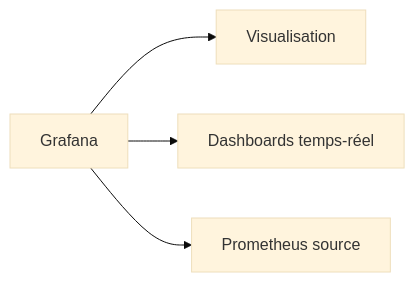
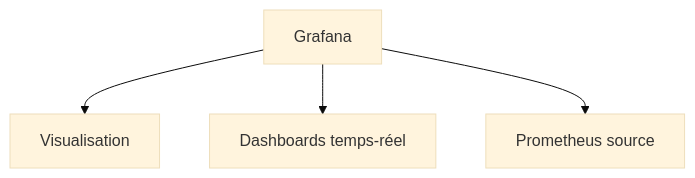
One commit to zyrass/omnydocs changed diagram 14 of 30 in docs/glossaire/devsecops.md. Above: the diagram before and after it, drawn with Mermaid (base theme). The commit also changed other lines of this file and 1780 other files, not shown here.

````diff
--- a/docs/glossaire/devsecops.md
+++ b/docs/glossaire/devsecops.md
@@ -292,6 +350,6 @@
-    ```mermaid
-    graph LR
-        A[Grafana] --> B[Visualisation]
-        A --> C[Dashboards temps-réel]
-        A --> D[Prometheus source]
-    ```
+```mermaid
+graph TB
+    A[Grafana] --> B[Visualisation]
+    A --> C[Dashboards temps-réel]
+    A --> D[Prometheus source]
+```
````
